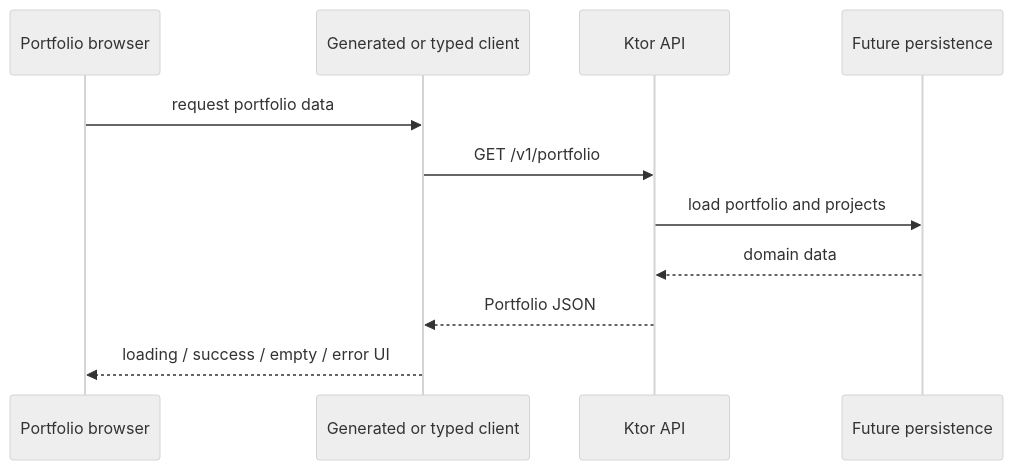
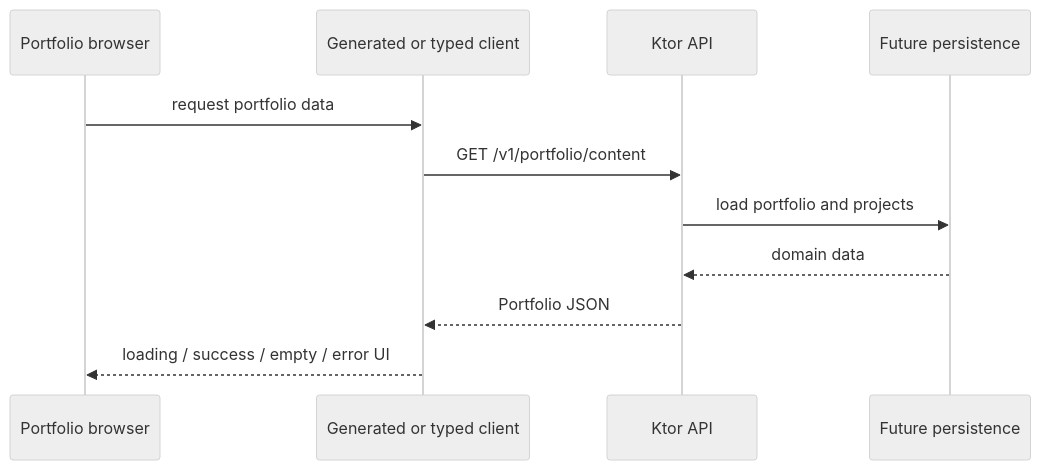
Before and after one commit to Sedaia-Designs/sedaia-web-platform: the second of 2 diagrams in ObsidianVault/Architecture/API Contract and Data Flow.md, drawn with Mermaid (neutral theme). The commit also changed other lines of this file and 6 other files, not shown here.

Commit message:
[Refactor: ktor]: Rename portfolio API endpoint to `/v1/portfolio/content` across docs, routes, tests, and deployment scripts

````diff
--- a/ObsidianVault/Architecture/API Contract and Data Flow.md
+++ b/ObsidianVault/Architecture/API Contract and Data Flow.md
@@ -50,14 +50,14 @@
 ```mermaid
 sequenceDiagram
     participant P as Portfolio browser
     participant C as Generated or typed client
     participant A as Ktor API
     participant D as Future persistence
 
     P->>C: request portfolio data
-    C->>A: GET /v1/portfolio
+    C->>A: GET /v1/portfolio/content
     A->>D: load portfolio and projects
     D-->>A: domain data
     A-->>C: Portfolio JSON
     C-->>P: loading / success / empty / error UI
 ```
````
